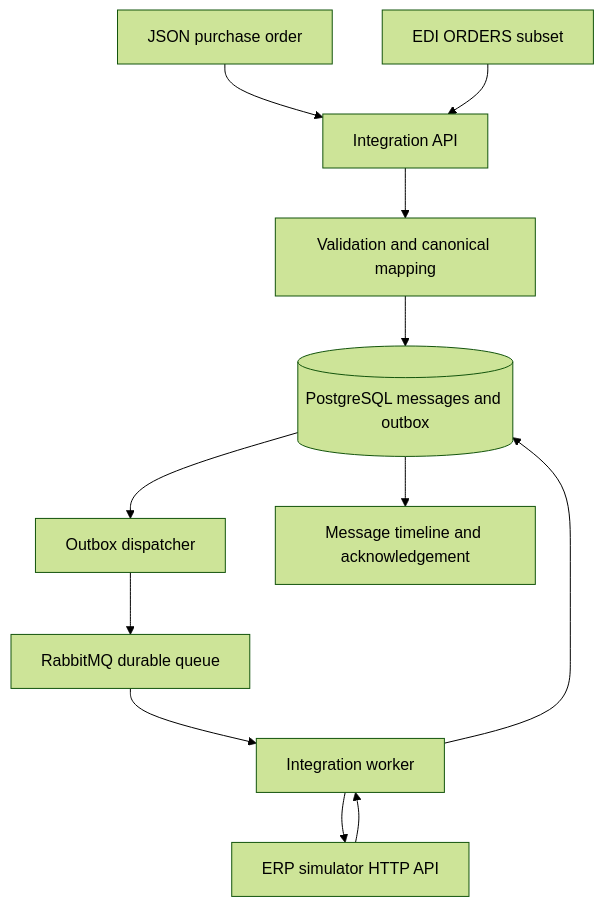
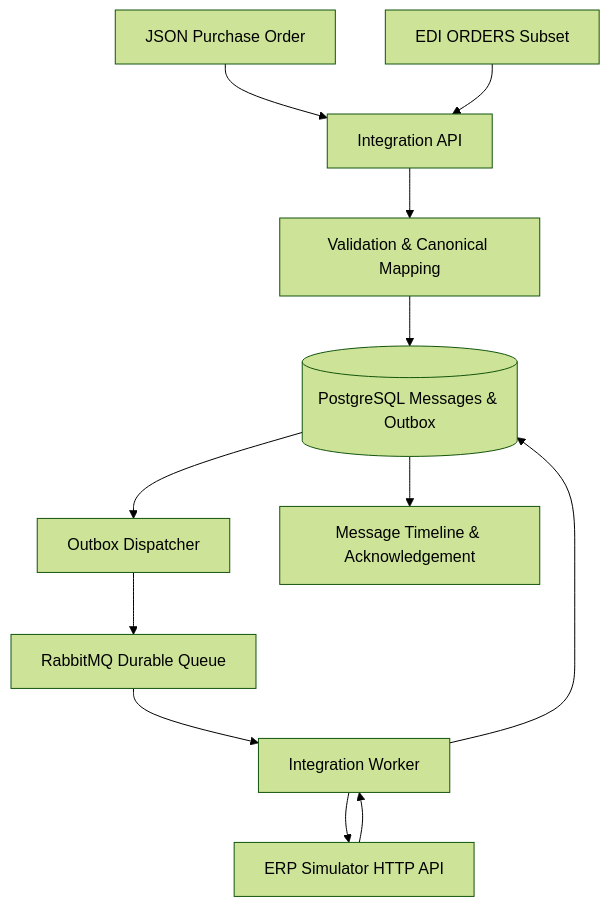
Before and after one commit to Sreejith4554/enterprise-edi-integration-delivery: the second of 2 diagrams in README.md, drawn with Mermaid (forest theme). The commit also changed other lines of this file and 6 other files, not shown here.

````diff
--- a/README.md
+++ b/README.md
@@ -70,14 +104,14 @@
 ```mermaid
 flowchart TD
-  J[JSON purchase order] --> A[Integration API]
-  E[EDI ORDERS subset] --> A
-  A --> C[Validation and canonical mapping]
-  C --> D[(PostgreSQL messages and outbox)]
-  D --> P[Outbox dispatcher]
-  P --> Q[RabbitMQ durable queue]
-  Q --> W[Integration worker]
-  W --> R[ERP simulator HTTP API]
-  R --> W
-  W --> D
-  D --> M[Message timeline and acknowledgement]
+    J[JSON Purchase Order] --> A[Integration API]
+    E[EDI ORDERS Subset] --> A
+    A --> C[Validation & Canonical Mapping]
+    C --> D[(PostgreSQL Messages & Outbox)]
+    D --> P[Outbox Dispatcher]
+    P --> Q[RabbitMQ Durable Queue]
+    Q --> W[Integration Worker]
+    W --> R[ERP Simulator HTTP API]
+    R --> W
+    W --> D
+    D --> M[Message Timeline & Acknowledgement]
 ```
````
